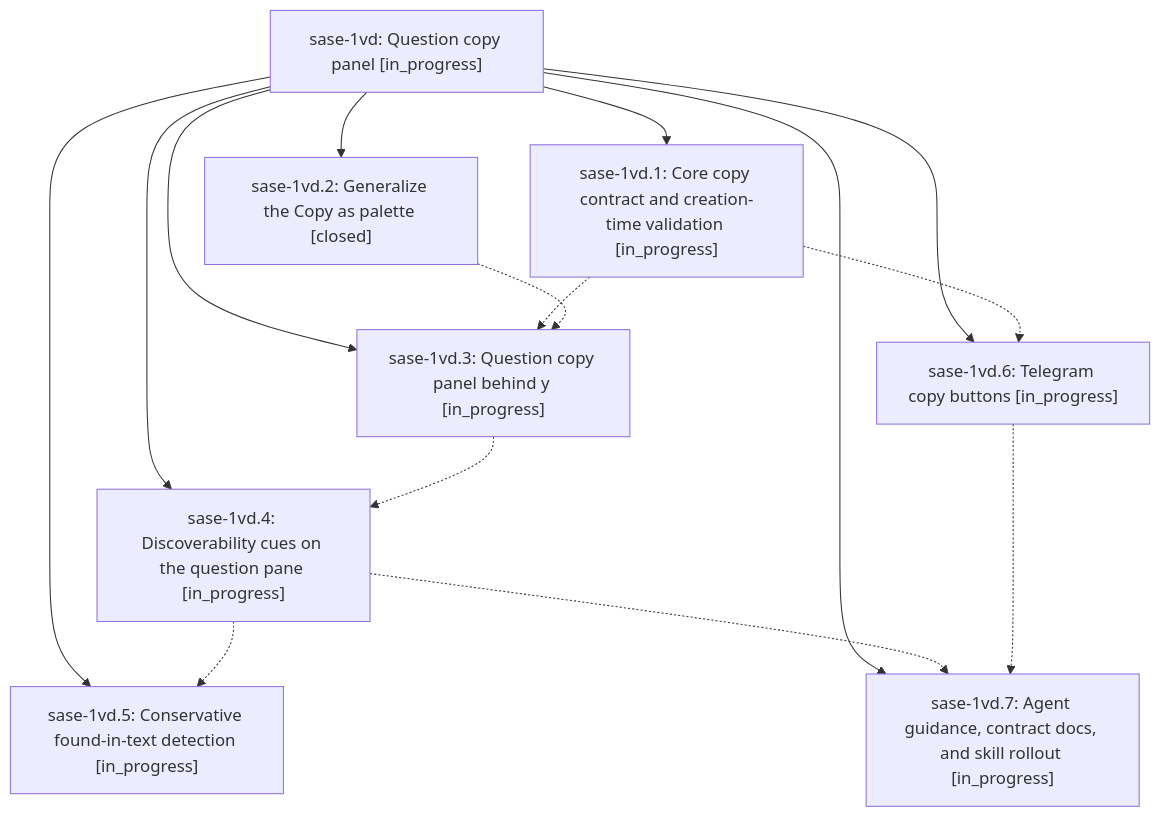
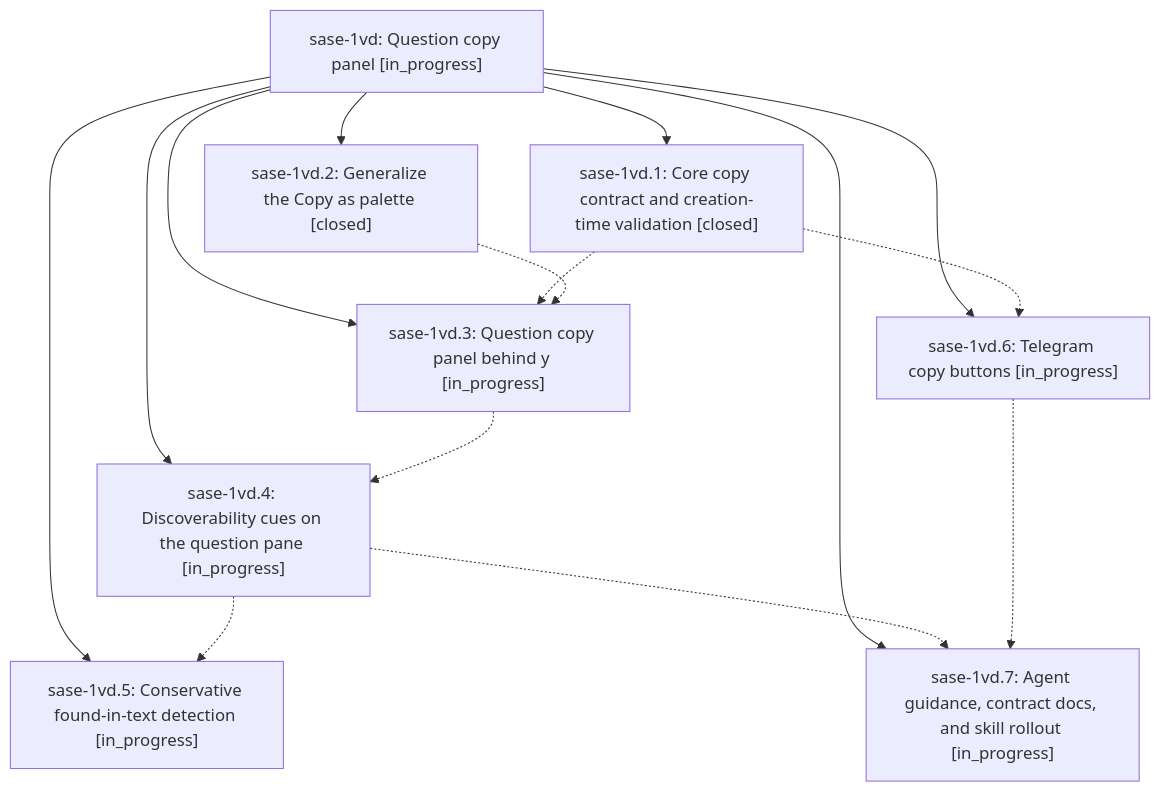
The diagram in pages/sase-1vd/README.md (sase-org/sase--beads), drawn with Mermaid before and after one commit. The commit also changed other lines of this file and 4 other files, not shown here.

````diff
--- a/pages/sase-1vd/README.md
+++ b/pages/sase-1vd/README.md
@@ -40,25 +42,25 @@
 ```mermaid
 flowchart TD
     n0["sase-1vd: Question copy panel [in_progress]"]
-    n1["sase-1vd.1: Core copy contract and creation-time validation [in_progress]"]
+    n1["sase-1vd.1: Core copy contract and creation-time validation [closed]"]
     n2["sase-1vd.2: Generalize the Copy as palette [closed]"]
     n3["sase-1vd.3: Question copy panel behind y [in_progress]"]
     n4["sase-1vd.4: Discoverability cues on the question pane [in_progress]"]
     n5["sase-1vd.5: Conservative found-in-text detection [in_progress]"]
     n6["sase-1vd.6: Telegram copy buttons [in_progress]"]
     n7["sase-1vd.7: Agent guidance, contract docs, and skill rollout [in_progress]"]
     n0 --> n1
     n0 --> n2
     n0 --> n3
     n0 --> n4
     n0 --> n5
     n0 --> n6
     n0 --> n7
     n1 -.-> n3
     n1 -.-> n6
     n2 -.-> n3
     n3 -.-> n4
     n4 -.-> n5
     n4 -.-> n7
     n6 -.-> n7
 ```
````
